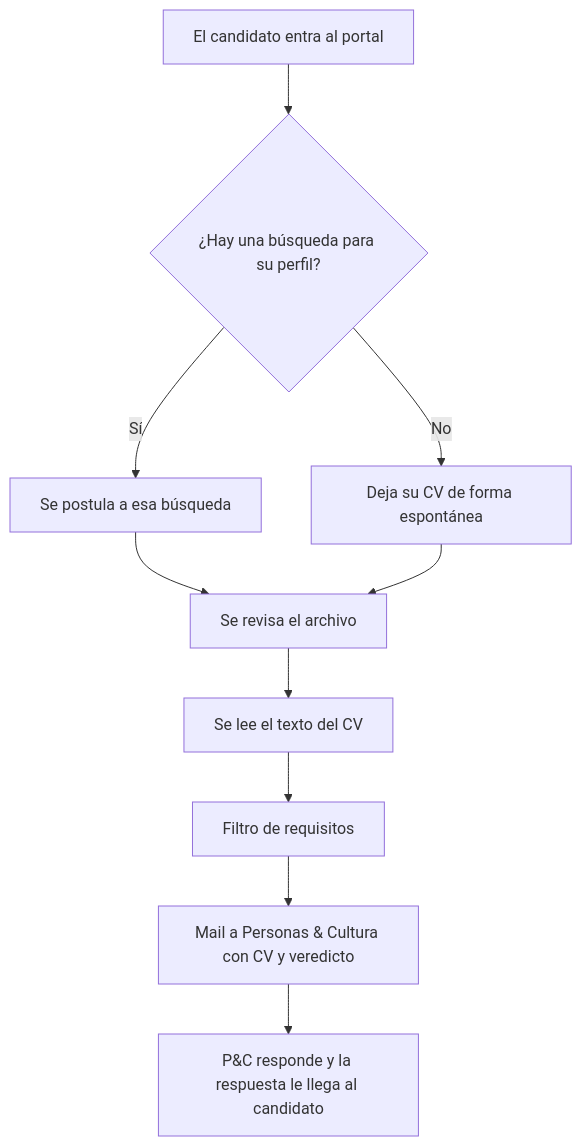
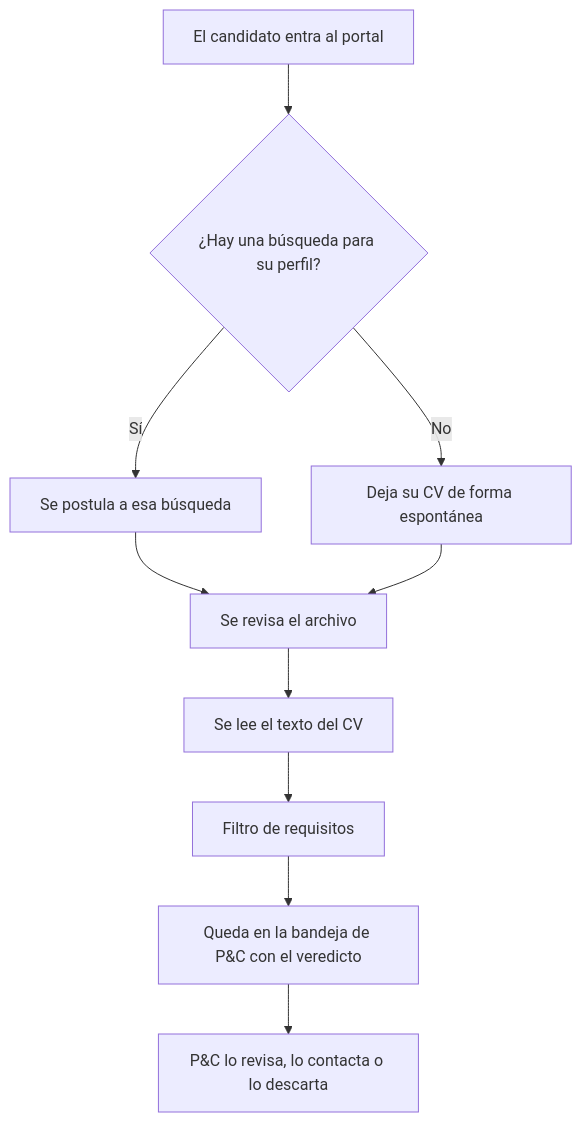
The diagram in docs/08-portal-postulaciones.md (E1000iano/proyectos), drawn with Mermaid before and after one commit. The commit also changed other lines of this file and 12 other files, not shown here.

Commit message:
Portal de Empleos: en producción, con panel para Personas & Cultura y capturas

````diff
--- a/docs/08-portal-postulaciones.md
+++ b/docs/08-portal-postulaciones.md
@@ -23,12 +31,12 @@
 ```mermaid
 flowchart TD
   A[El candidato entra al portal] --> B{¿Hay una búsqueda para su perfil?}
   B -- Sí --> C[Se postula a esa búsqueda]
   B -- No --> D[Deja su CV de forma espontánea]
   C --> E[Se revisa el archivo]
   D --> E
   E --> F[Se lee el texto del CV]
   F --> G[Filtro de requisitos]
-  G --> H[Mail a Personas & Cultura con CV y veredicto]
-  H --> I[P&C responde y la respuesta le llega al candidato]
+  G --> H[Queda en la bandeja de P&C con el veredicto]
+  H --> I[P&C lo revisa, lo contacta o lo descarta]
 ```
````
